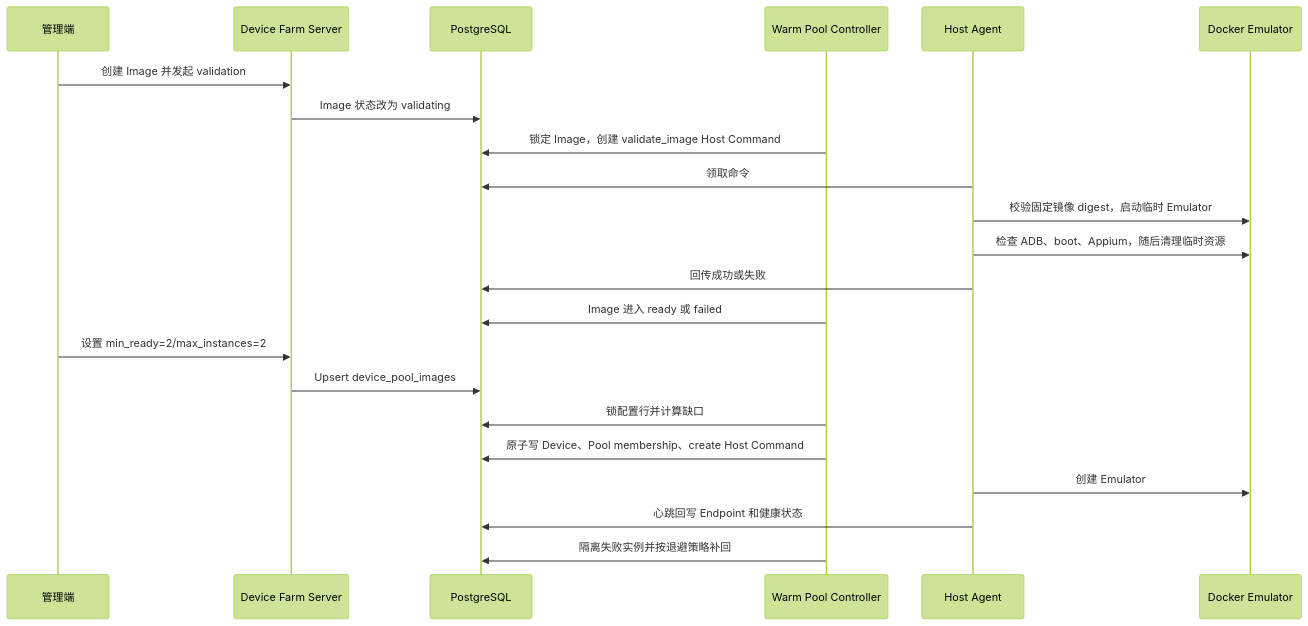
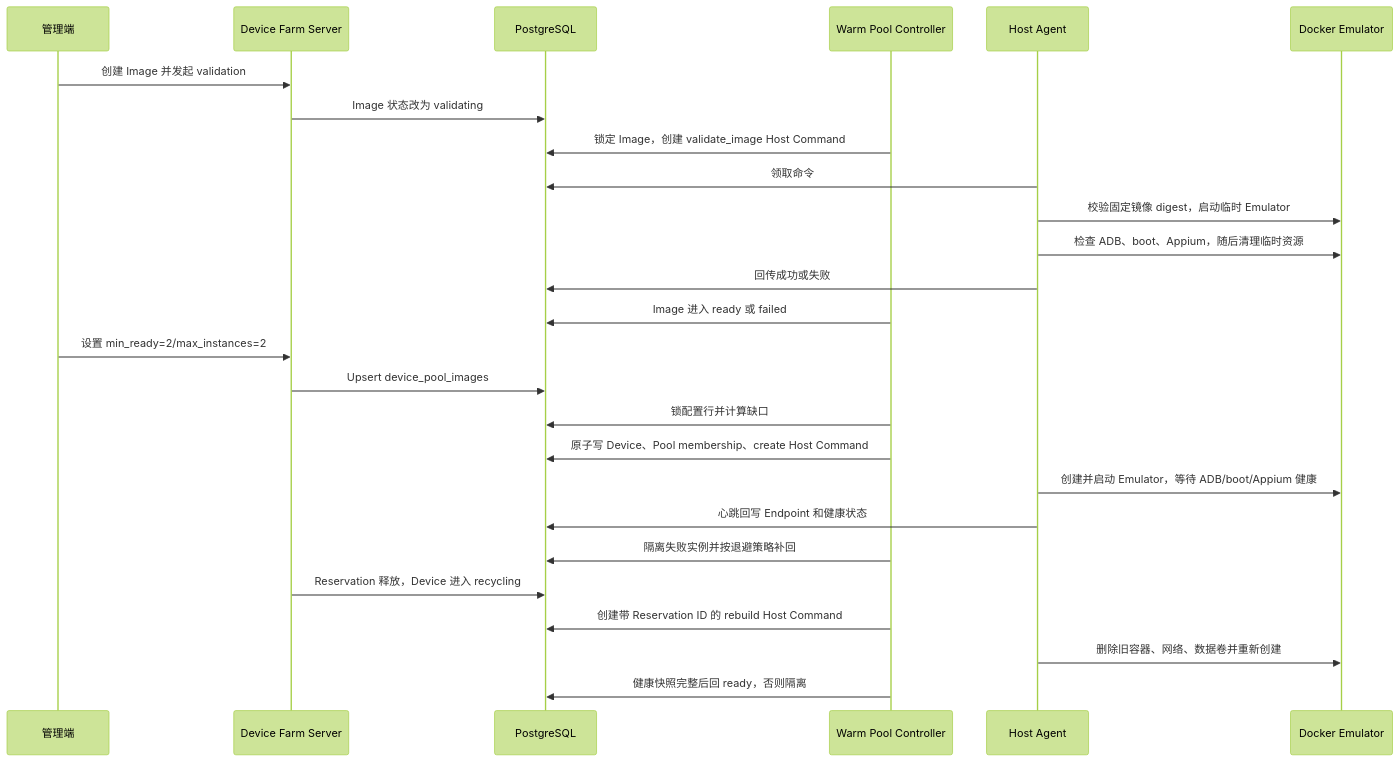
One commit to k2736680-kerr/alcor_device_farm changed the diagram in docs/warm_pool_controller.md. Above: the diagram before and after it, drawn with Mermaid (forest theme). The commit also changed other lines of this file and 19 other files, not shown here.

````diff
--- a/docs/warm_pool_controller.md
+++ b/docs/warm_pool_controller.md
@@ -26,25 +26,29 @@
 ```mermaid
 sequenceDiagram
     participant Admin as 管理端
     participant Server as Device Farm Server
     participant DB as PostgreSQL
     participant Controller as Warm Pool Controller
     participant Agent as Host Agent
     participant Docker as Docker Emulator
 
     Admin->>Server: 创建 Image 并发起 validation
     Server->>DB: Image 状态改为 validating
     Controller->>DB: 锁定 Image，创建 validate_image Host Command
     Agent->>DB: 领取命令
     Agent->>Docker: 校验固定镜像 digest，启动临时 Emulator
     Agent->>Docker: 检查 ADB、boot、Appium，随后清理临时资源
     Agent->>DB: 回传成功或失败
     Controller->>DB: Image 进入 ready 或 failed
     Admin->>Server: 设置 min_ready=2/max_instances=2
     Server->>DB: Upsert device_pool_images
     Controller->>DB: 锁配置行并计算缺口
     Controller->>DB: 原子写 Device、Pool membership、create Host Command
-    Agent->>Docker: 创建 Emulator
+    Agent->>Docker: 创建并启动 Emulator，等待 ADB/boot/Appium 健康
     Agent->>DB: 心跳回写 Endpoint 和健康状态
     Controller->>DB: 隔离失败实例并按退避策略补回
+    Server->>DB: Reservation 释放，Device 进入 recycling
+    Controller->>DB: 创建带 Reservation ID 的 rebuild Host Command
+    Agent->>Docker: 删除旧容器、网络、数据卷并重新创建
+    Controller->>DB: 健康快照完整后回 ready，否则隔离
 ```
````
